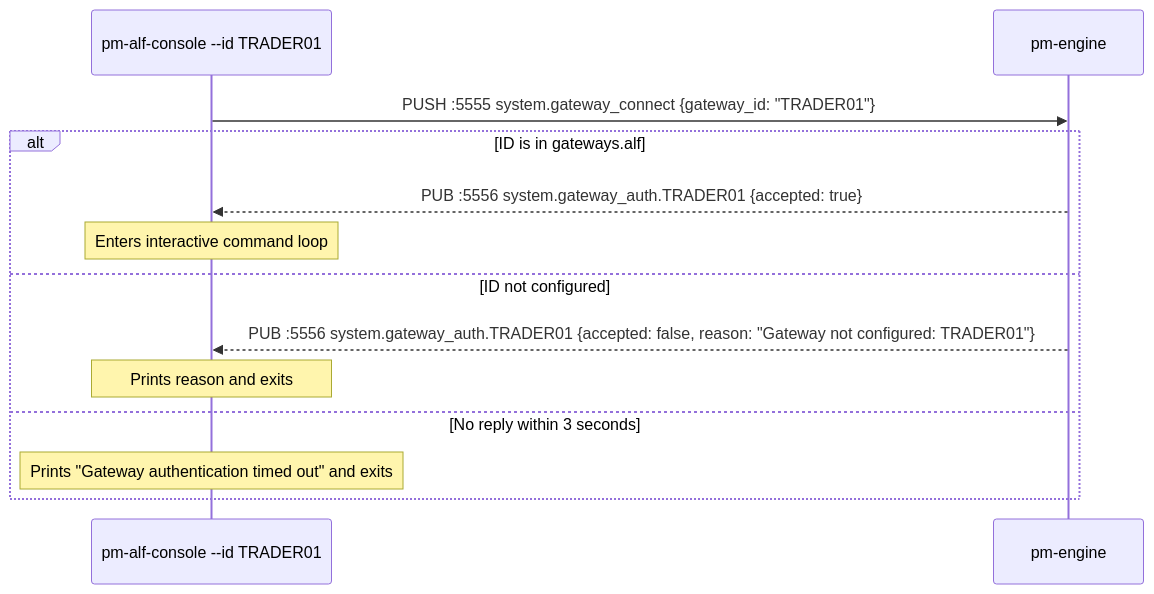
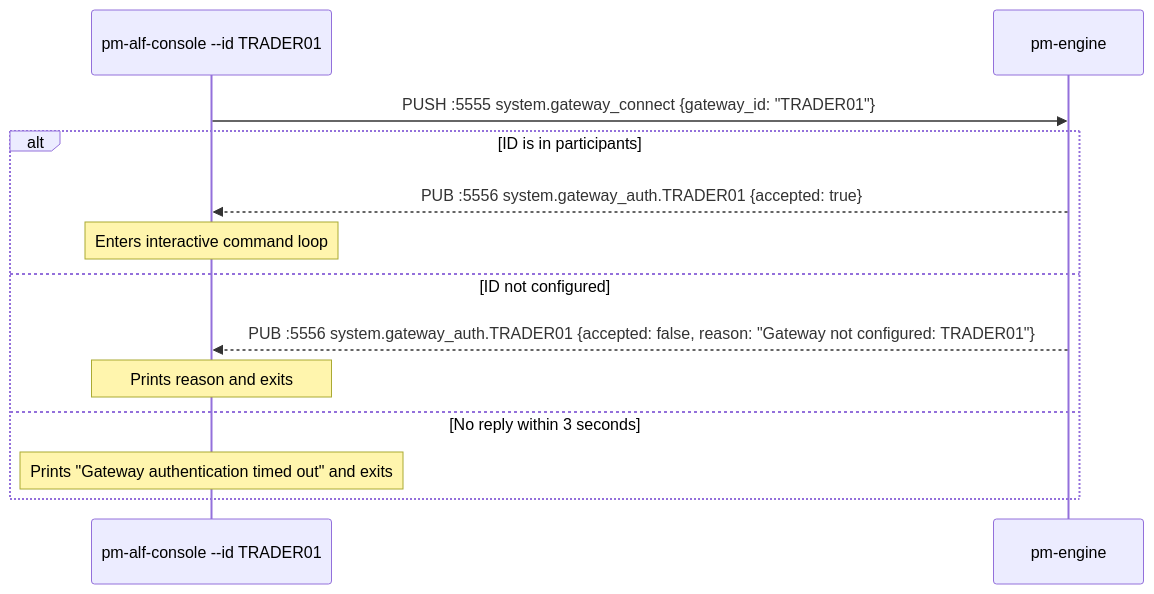
The third of 5 diagrams in docs/user-guide/055-alf-console.md (johan162/EduMatcher), drawn with Mermaid before and after one commit. The commit also changed other lines of this file and 187 other files, not shown here.

Commit message:
refacto(config)!: rename gateways.alf to participants. This is a breaking change!

````diff
--- a/docs/user-guide/055-alf-console.md
+++ b/docs/user-guide/055-alf-console.md
@@ -182,16 +182,16 @@
 ```mermaid
 sequenceDiagram
     participant GW as pm-alf-console --id TRADER01
     participant ENG as pm-engine
 
     GW->>ENG: PUSH :5555  system.gateway_connect {gateway_id: "TRADER01"}
-    alt ID is in gateways.alf
+    alt ID is in participants
         ENG-->>GW: PUB :5556  system.gateway_auth.TRADER01 {accepted: true}
         Note over GW: Enters interactive command loop
     else ID not configured
         ENG-->>GW: PUB :5556  system.gateway_auth.TRADER01 {accepted: false, reason: "Gateway not configured: TRADER01"}
         Note over GW: Prints reason and exits
     else No reply within 3 seconds
         Note over GW: Prints "Gateway authentication timed out" and exits
     end
 ```
````
